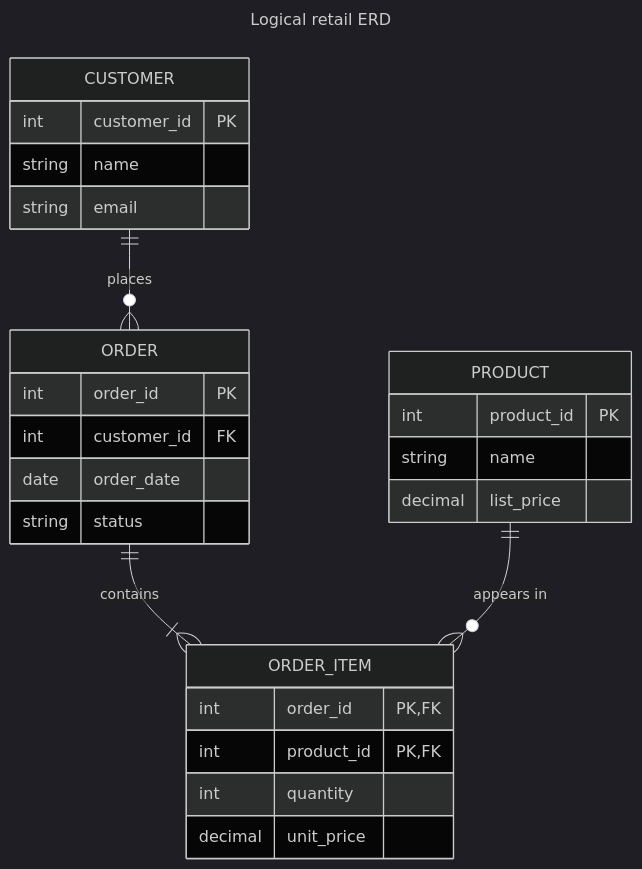
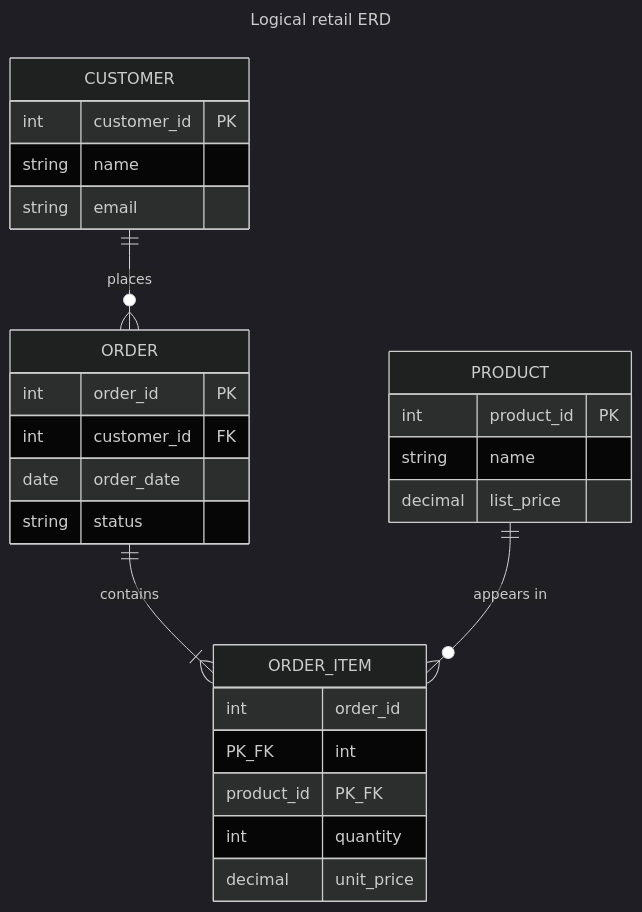
The third of 3 diagrams in content/modeling/data-modeling-fundamentals.md (VineethChivukula/dedocs), drawn with Mermaid (dark theme) before and after one commit. The commit also changed other lines of this file and 3 other files, not shown here.

````diff
--- a/content/modeling/data-modeling-fundamentals.md
+++ b/content/modeling/data-modeling-fundamentals.md
@@ -491,35 +151,35 @@
 ```mermaid
 ---
 title: Logical retail ERD
 ---
 erDiagram
     CUSTOMER ||--o{ ORDER : places
     ORDER ||--|{ ORDER_ITEM : contains
     PRODUCT ||--o{ ORDER_ITEM : "appears in"
 
     CUSTOMER {
         int customer_id PK
         string name
         string email
     }
 
     ORDER {
         int order_id PK
         int customer_id FK
         date order_date
         string status
     }
 
     ORDER_ITEM {
-        int order_id PK, FK
-        int product_id PK, FK
+        int order_id PK_FK
+        int product_id PK_FK
         int quantity
         decimal unit_price
     }
 
     PRODUCT {
         int product_id PK
         string name
         decimal list_price
     }
 ```
````
